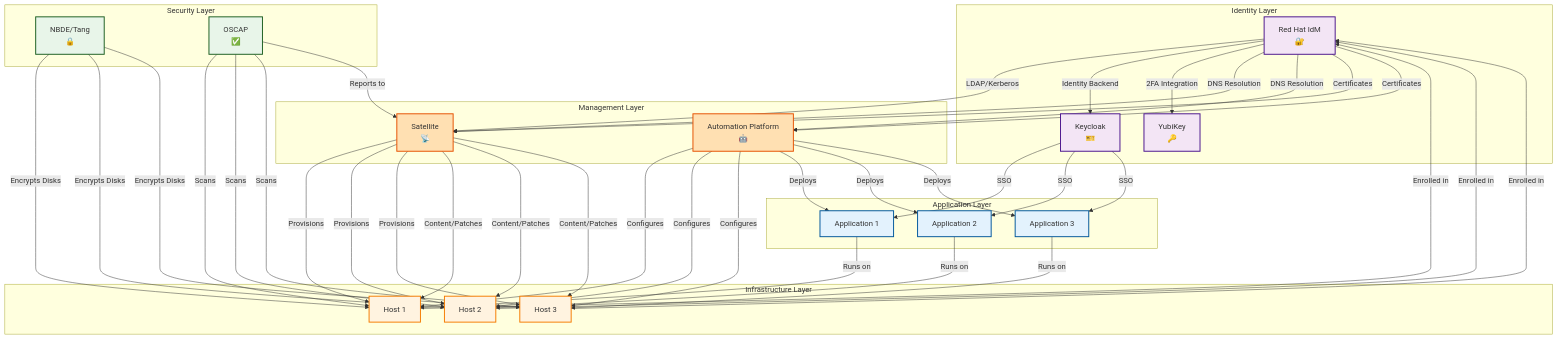
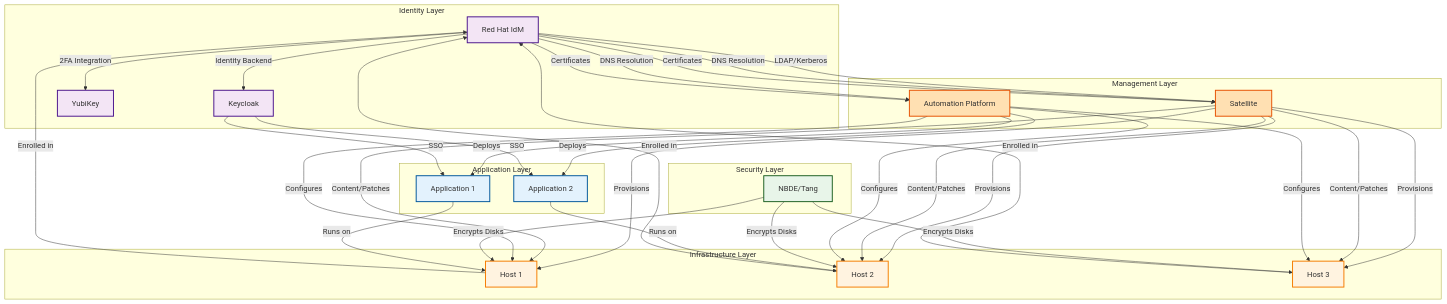
Before and after one commit to parmstro/rhis-architecture: the fourth of 4 diagrams in diagrams/05-integration-dataflow.md, drawn with Mermaid. The commit also changed other lines of this file and 17 other files, not shown here.

First line of the commit message:
docs: rewrite all architecture documentation from verified ground truth

````diff
--- a/diagrams/05-integration-dataflow.md
+++ b/diagrams/05-integration-dataflow.md
@@ -111,25 +140,23 @@
 ```mermaid
 graph TB
     subgraph "Identity Layer"
-        IDM[Red Hat IdM<br/>🔐]
-        KC[Keycloak<br/>🎫]
-        YUBI[YubiKey<br/>🔑]
+        IDM[Red Hat IdM]
+        KC[Keycloak]
+        YUBI[YubiKey]
     end
 
     subgraph "Management Layer"
-        SAT[Satellite<br/>📡]
-        AAP[Automation Platform<br/>🤖]
+        SAT[Satellite]
+        AAP[Automation Platform]
     end
 
     subgraph "Security Layer"
-        NBDE[NBDE/Tang<br/>🔒]
-        OSCAP[OSCAP<br/>✅]
+        NBDE[NBDE/Tang]
     end
 
     subgraph "Application Layer"
         APP1[Application 1]
         APP2[Application 2]
-        APP3[Application 3]
     end
 
     subgraph "Infrastructure Layer"
@@ -160,26 +187,18 @@
     AAP -->|Configures| HOST3
     AAP -->|Deploys| APP1
     AAP -->|Deploys| APP2
-    AAP -->|Deploys| APP3
 
     %% Security integrations
     NBDE -->|Encrypts Disks| HOST1
     NBDE -->|Encrypts Disks| HOST2
     NBDE -->|Encrypts Disks| HOST3
-    
-    OSCAP -->|Scans| HOST1
-    OSCAP -->|Scans| HOST2
-    OSCAP -->|Scans| HOST3
-    OSCAP -->|Reports to| SAT
 
     %% Application integrations
     KC -->|SSO| APP1
     KC -->|SSO| APP2
-    KC -->|SSO| APP3
     
     APP1 -->|Runs on| HOST1
     APP2 -->|Runs on| HOST2
-    APP3 -->|Runs on| HOST3
 
     %% Host identity
     HOST1 -->|Enrolled in| IDM
@@ -195,7 +214,7 @@
 
     class IDM,KC,YUBI identity
     class SAT,AAP management
-    class NBDE,OSCAP security
-    class APP1,APP2,APP3 application
+    class NBDE security
+    class APP1,APP2 application
     class HOST1,HOST2,HOST3 infrastructure
 ```
````
